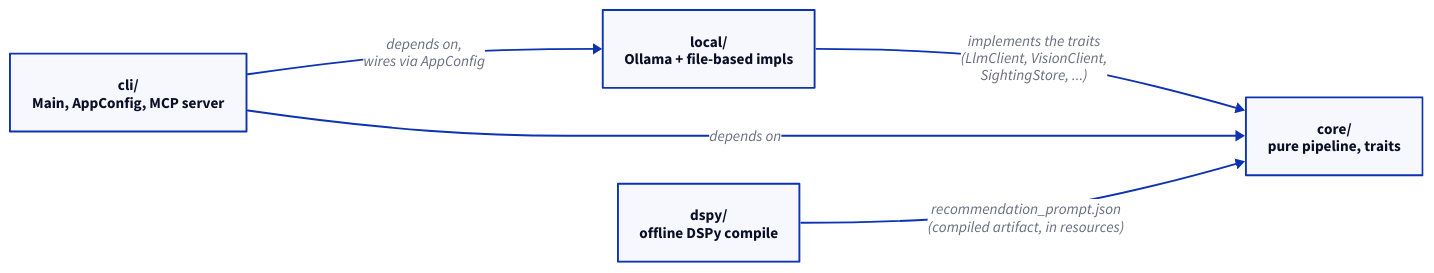
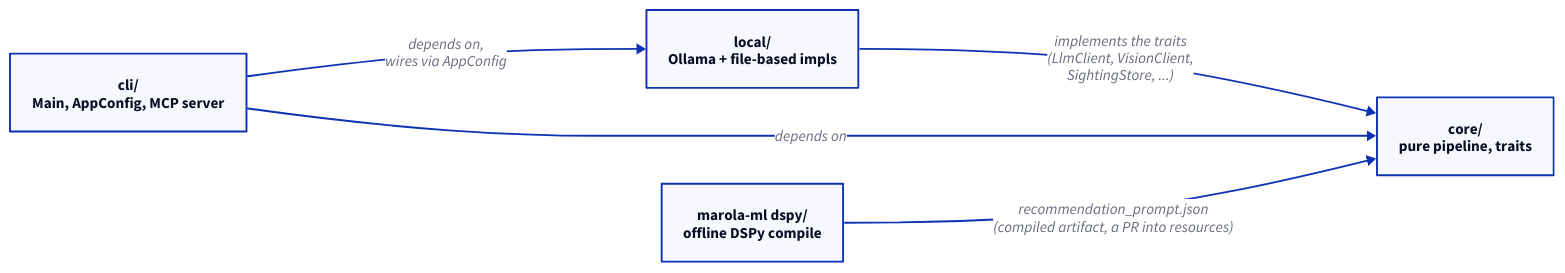
One commit to marola-dev/marola-app changed the first of 8 diagrams in docs/2-Building-marola/ARCHITECTURE.md. Above: the diagram before and after it, drawn with D2. The commit also changed other lines of this file and 10 other files, not shown here.

````diff
--- a/docs/2-Building-marola/ARCHITECTURE.md
+++ b/docs/2-Building-marola/ARCHITECTURE.md
@@ -111,12 +112,12 @@
 ```d2
 direction: right
 core: "core/\npure pipeline, traits"
 local: "local/\nOllama + file-based impls"
 cli: "cli/\nMain, AppConfig, MCP server"
-dspy: "dspy/\noffline DSPy compile"
+dspy: "marola-ml dspy/\noffline DSPy compile"
 
 local -> core: "implements the traits\n(LlmClient, VisionClient,\nSightingStore, ...)"
 cli -> core: "depends on"
 cli -> local: "depends on,\nwires via AppConfig"
-dspy -> core: "recommendation_prompt.json\n(compiled artifact, in resources)"
+dspy -> core: "recommendation_prompt.json\n(compiled artifact, a PR into resources)"
 ```
````
